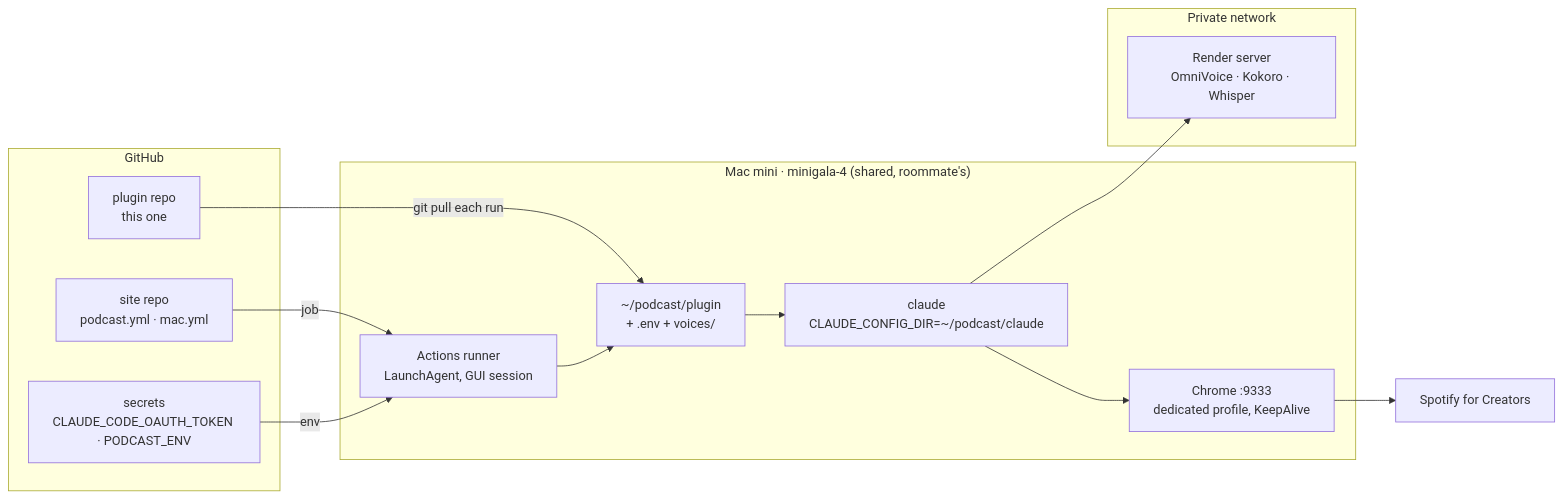
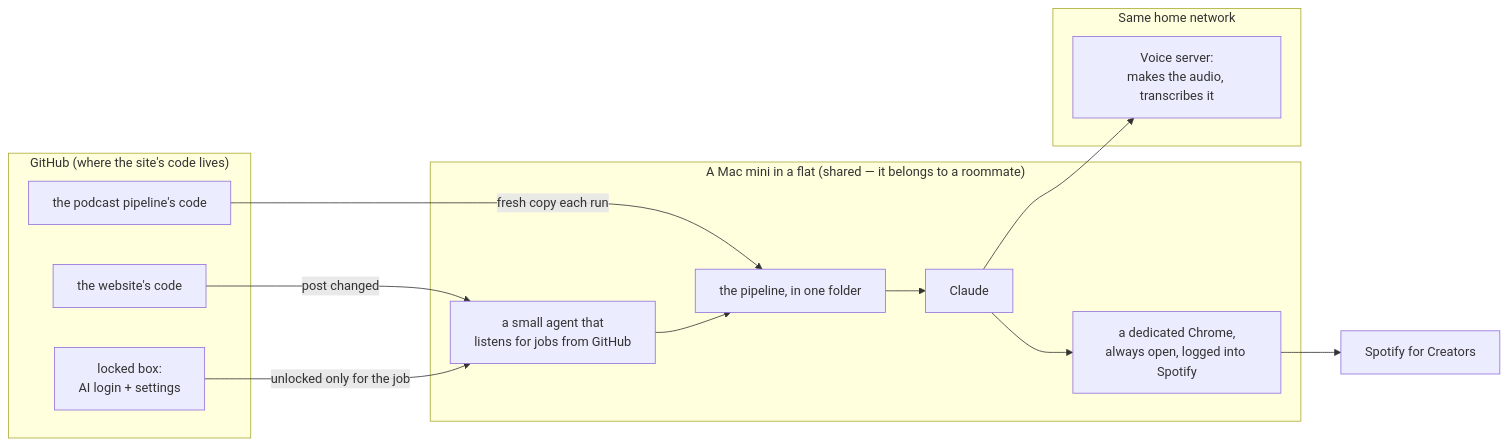
One commit to Matcry12/shipwithai-podcast-plugin changed the sixth of 12 diagrams in docs/00-overview.md. Above: the diagram before and after it, drawn with Mermaid. The commit also changed other lines of this file, not shown here.

First line of the commit message:
docs: overview in plain language -- no file names, flags or code in the body

````diff
--- a/docs/00-overview.md
+++ b/docs/00-overview.md
@@ -154,25 +164,25 @@
 ```mermaid
 flowchart LR
-    subgraph GH["GitHub"]
-        SITE[site repo<br/>podcast.yml · mac.yml]
-        PLUG[plugin repo<br/>this one]
-        SEC[secrets<br/>CLAUDE_CODE_OAUTH_TOKEN · PODCAST_ENV]
+    subgraph GH["GitHub (where the site's code lives)"]
+        SITE[the website's code]
+        PLUG[the podcast pipeline's code]
+        SEC[locked box:<br/>AI login + settings]
     end
-    subgraph MAC["Mac mini · minigala-4 (shared, roommate's)"]
-        RUN[Actions runner<br/>LaunchAgent, GUI session]
-        CLONE[~/podcast/plugin<br/>+ .env + voices/]
-        CHR[Chrome :9333<br/>dedicated profile, KeepAlive]
-        CC[claude<br/>CLAUDE_CONFIG_DIR=~/podcast/claude]
+    subgraph MAC["A Mac mini in a flat (shared — it belongs to a roommate)"]
+        RUN[a small agent that<br/>listens for jobs from GitHub]
+        CLONE[the pipeline, in one folder]
+        CHR[a dedicated Chrome,<br/>always open, logged into Spotify]
+        CC[Claude]
     end
-    subgraph LAN["Private network"]
-        TTS[Render server<br/>OmniVoice · Kokoro · Whisper]
+    subgraph LAN["Same home network"]
+        VOICE[Voice server:<br/>makes the audio, transcribes it]
     end
     SPOT[Spotify for Creators]
 
-    SITE -- job --> RUN
-    SEC -- env --> RUN
-    PLUG -- git pull each run --> CLONE
+    SITE -- "post changed" --> RUN
+    SEC -- "unlocked only for the job" --> RUN
+    PLUG -- "fresh copy each run" --> CLONE
     RUN --> CLONE --> CC
-    CC --> TTS
+    CC --> VOICE
     CC --> CHR --> SPOT
 ```
````
